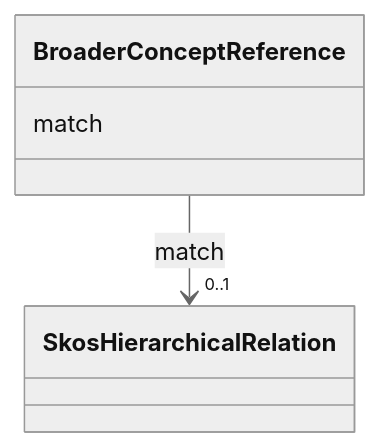
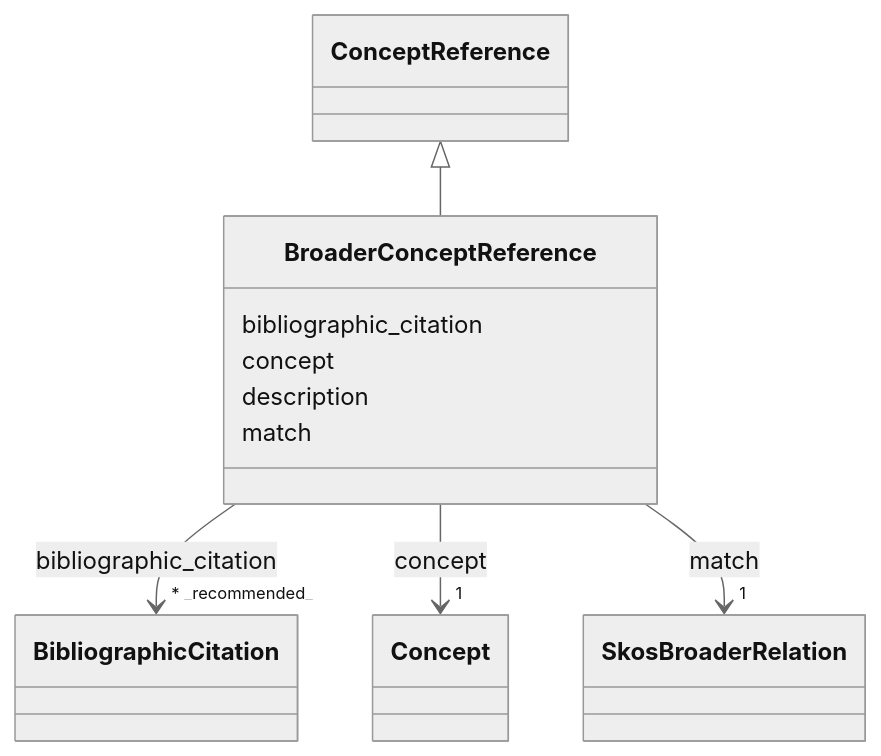
The diagram in docs/BroaderConceptReference.md (arqtrad/schema), drawn with Mermaid (neutral theme) before and after one commit. The commit also changed other lines of this file and 215 other files, not shown here.

````diff
--- a/docs/BroaderConceptReference.md
+++ b/docs/BroaderConceptReference.md
@@ -23,17 +23,44 @@
 ```mermaid
  classDiagram
     class BroaderConceptReference
     click BroaderConceptReference href "../BroaderConceptReference/"
+      ConceptReference <|-- BroaderConceptReference
+        click ConceptReference href "../ConceptReference/"
+      
+      BroaderConceptReference : bibliographic_citation
+        
+          
+    
+        
+        
+        BroaderConceptReference --> "* _recommended_" BibliographicCitation : bibliographic_citation
+        click BibliographicCitation href "../BibliographicCitation/"
+    
+
+        
+      BroaderConceptReference : concept
+        
+          
+    
+        
+        
+        BroaderConceptReference --> "1" Concept : concept
+        click Concept href "../Concept/"
+    
+
+        
+      BroaderConceptReference : description
+        
       BroaderConceptReference : match
+        
+          
+    
+        
+        
+        BroaderConceptReference --> "1" SkosBroaderRelation : match
+        click SkosBroaderRelation href "../SkosBroaderRelation/"
+    
 
-
-
-
-
-        BroaderConceptReference --> "0..1" SkosHierarchicalRelation : match
-        click SkosHierarchicalRelation href "../SkosHierarchicalRelation/"
-
-
-
-
+        
+      
 ```
````
